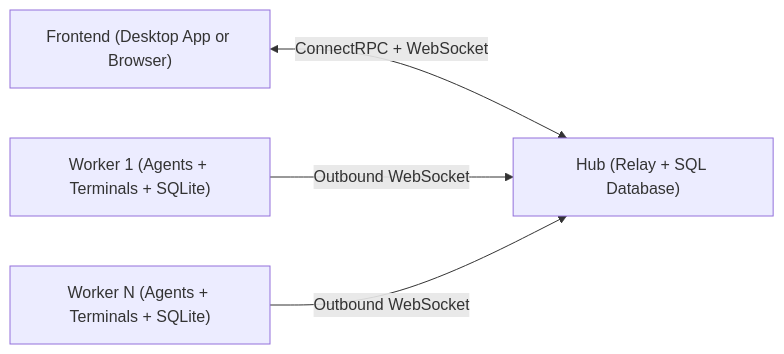
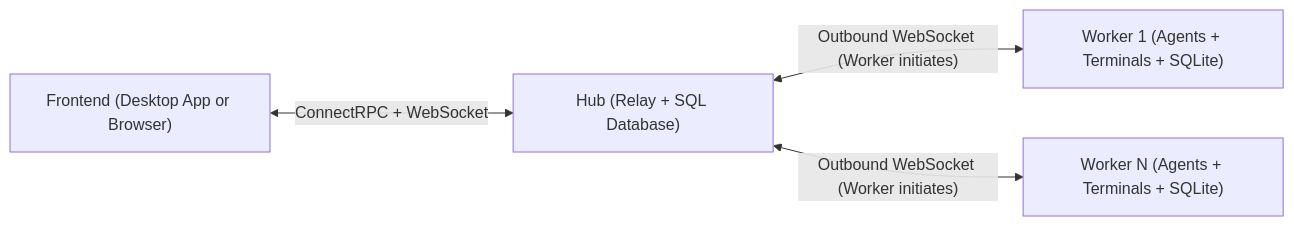
Before and after one commit to leapmux/leapmux: the second of 3 diagrams in site/content/docs/getting-started/concepts.md, drawn with Mermaid. The commit also changed 82 other files, not shown here.

First line of the commit message:
docs(site): Fix diagrams, expand UI screenshots, and clarify docs

````diff
--- a/site/content/docs/getting-started/concepts.md
+++ b/site/content/docs/getting-started/concepts.md
@@ -58,11 +58,11 @@
 ```mermaid
 flowchart LR
   FE["Frontend (Desktop App or Browser)"]
   Hub["Hub (Relay + SQL Database)"]
   W1["Worker 1 (Agents + Terminals + SQLite)"]
   W2["Worker N (Agents + Terminals + SQLite)"]
 
   FE <-->|"ConnectRPC + WebSocket"| Hub
-  W1 -->|"Outbound WebSocket"| Hub
-  W2 -->|"Outbound WebSocket"| Hub
+  Hub <-->|"Outbound WebSocket (Worker initiates)"| W1
+  Hub <-->|"Outbound WebSocket (Worker initiates)"| W2
 ```
````
